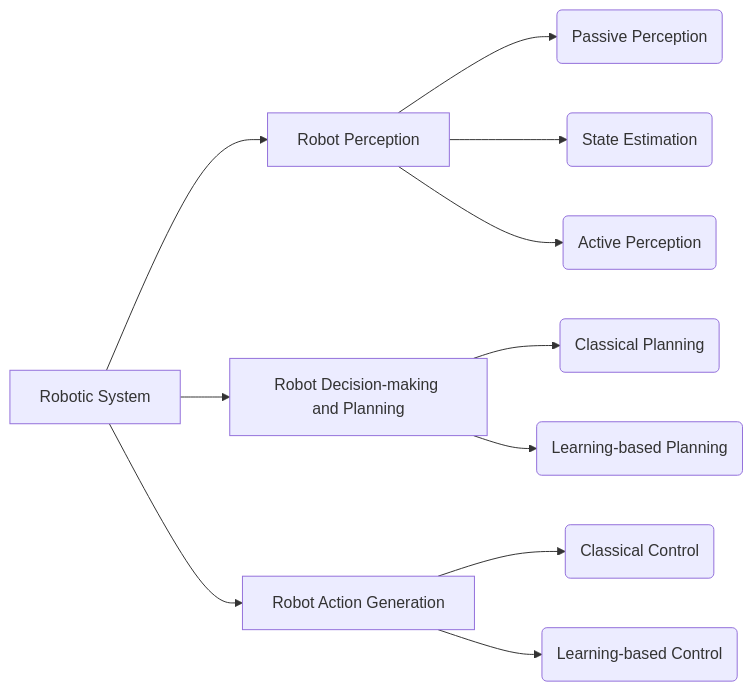
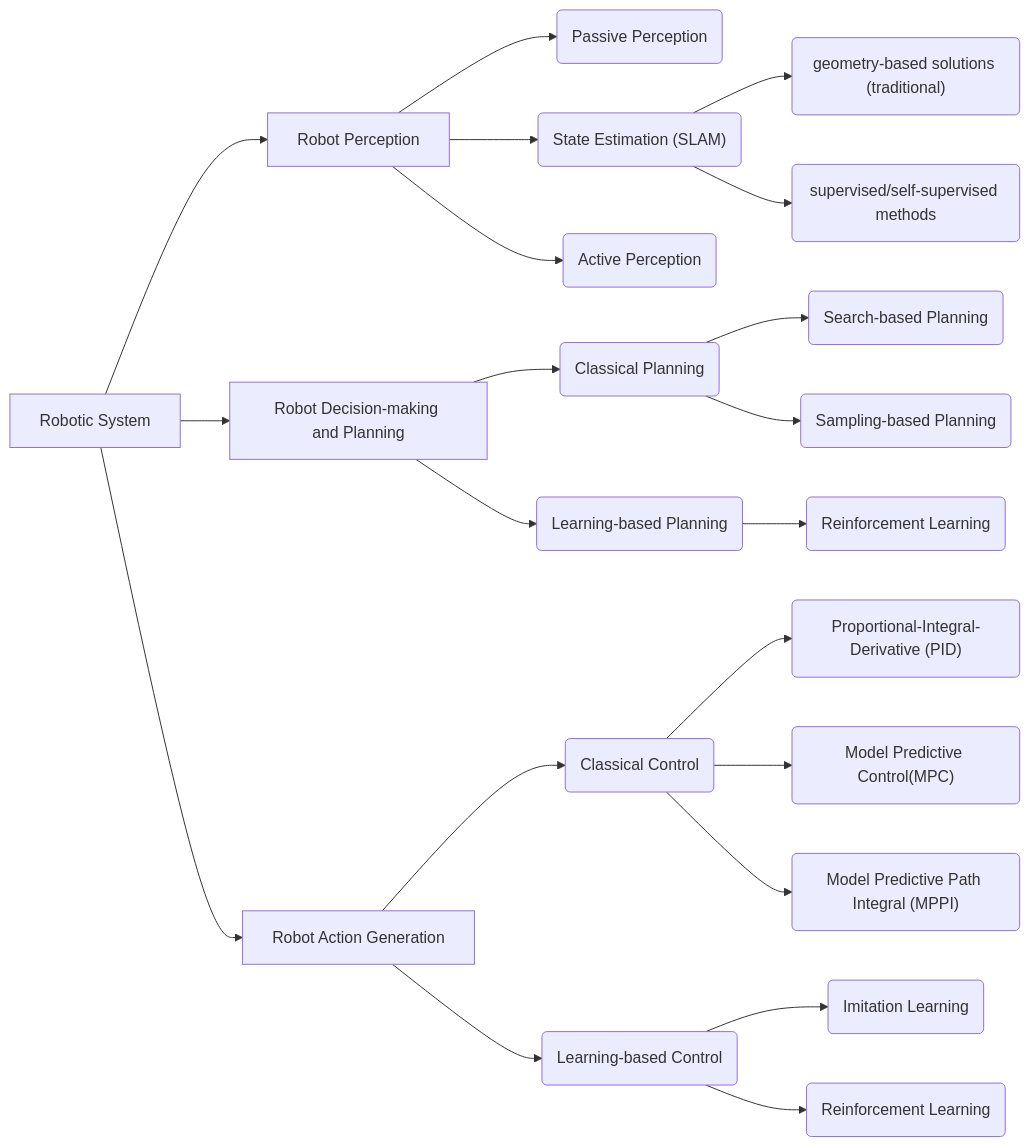
Before and after one commit to MoeBuTa/moebuta.github.io: the first of 4 diagrams in _posts/2024/03/2024-03-04-Reviewing-Toward-General-Purpose-Robots-via-Foundation-Models.md, drawn with Mermaid. The commit also changed other lines of this file and 7 other files, not shown here.

````diff
--- a/_posts/2024/03/2024-03-04-Reviewing-Toward-General-Purpose-Robots-via-Foundation-Models.md
+++ b/_posts/2024/03/2024-03-04-Reviewing-Toward-General-Purpose-Robots-via-Foundation-Models.md
@@ -12,25 +12,37 @@
 ```mermaid
 
 graph LR;
 Start["Robotic System"]-->n1["Robot Perception"];
 n1-->n1.1("Passive Perception");
 
-n1-->n1.2("State Estimation");
+n1-->n1.2("State Estimation (SLAM)");
+n1.2-->n1.2.1("geometry-based solutions (traditional)");
+n1.2-->n1.2.2("supervised/self-supervised methods");
+
 
 n1-->n1.3("Active Perception");
 
 
 Start-->n2["Robot Decision-making and Planning"];
 n2-->n2.1("Classical Planning");
+n2.1-->n2.1.1("Search-based Planning");
+n2.1-->n2.1.2("Sampling-based Planning");
 
 n2-->n2.2("Learning-based Planning");
+n2.2-->n2.2.2("Reinforcement Learning")
 
 
 Start-->n3["Robot Action Generation"];
 n3-->n3.1("Classical Control");
+n3.1-->n3.1.1("Proportional-Integral-Derivative (PID)");
+n3.1-->n3.1.2("Model Predictive Control(MPC)");
+n3.1-->n3.1.3("Model Predictive Path Integral (MPPI)");
+
 n3-->n3.2("Learning-based Control");
+n3.2-->n3.2.1("Imitation Learning");
+n3.2-->n3.2.2("Reinforcement Learning");
 
 
 
 
 ```
````
